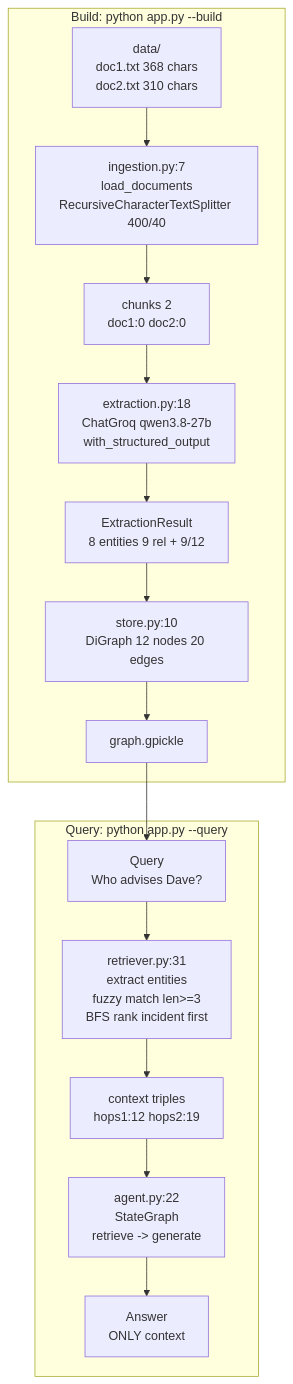
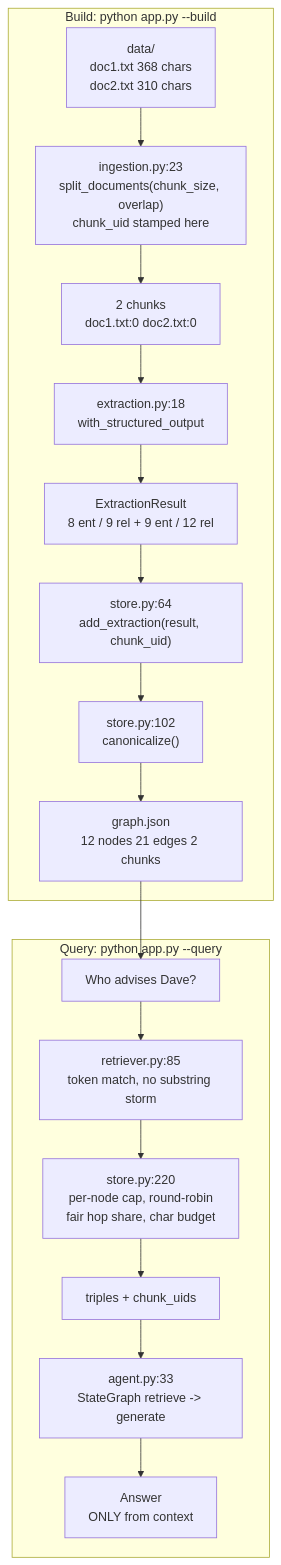
Before and after one commit to manishwvn/graph_rag: the second of 7 diagrams in README.md, drawn with Mermaid. The commit also changed other lines of this file and 30 other files, not shown here.

First line of the commit message:
feat: vector vs graph RAG comparison, with a corrected evaluation

````diff
--- a/README.md
+++ b/README.md
@@ -45,18 +53,20 @@
 ```mermaid
 graph TD
   subgraph Build["Build: python app.py --build"]
-    DATA["data/<br/>doc1.txt 368 chars<br/>doc2.txt 310 chars"] --> ING["ingestion.py:7<br/>load_documents<br/>RecursiveCharacterTextSplitter 400/40"]
-    ING --> CHUNK["chunks 2<br/>doc1:0 doc2:0"]
-    CHUNK --> EXT["extraction.py:18<br/>ChatGroq qwen3.8-27b<br/>with_structured_output"]
-    EXT --> RES["ExtractionResult<br/>8 entities 9 rel + 9/12"]
-    RES --> STORE["store.py:10<br/>DiGraph 12 nodes 20 edges"]
-    STORE --> GPKL["graph.gpickle"]
+    DATA["data/<br/>doc1.txt 368 chars<br/>doc2.txt 310 chars"] --> ING["ingestion.py:23<br/>split_documents(chunk_size, overlap)<br/>chunk_uid stamped here"]
+    ING --> CHUNK["2 chunks<br/>doc1.txt:0  doc2.txt:0"]
+    CHUNK --> EXT["extraction.py:18<br/>with_structured_output"]
+    EXT --> RES["ExtractionResult<br/>8 ent / 9 rel + 9 ent / 12 rel"]
+    RES --> STORE["store.py:64<br/>add_extraction(result, chunk_uid)"]
+    STORE --> CAN["store.py:102<br/>canonicalize()"]
+    CAN --> JS["graph.json<br/>12 nodes 21 edges 2 chunks"]
   end
   subgraph Query["Query: python app.py --query"]
-    GPKL --> QRY["Query<br/>Who advises Dave?"]
-    QRY --> RET["retriever.py:31<br/>extract entities<br/>fuzzy match len>=3<br/>BFS rank incident first"]
-    RET --> CTX["context triples<br/>hops1:12 hops2:19"]
-    CTX --> AGENT["agent.py:22<br/>StateGraph<br/>retrieve -> generate"]
-    AGENT --> ANS["Answer<br/>ONLY context"]
+    JS --> QRY["Who advises Dave?"]
+    QRY --> RET["retriever.py:85<br/>token match, no substring storm"]
+    RET --> SUB["store.py:220<br/>per-node cap, round-robin<br/>fair hop share, char budget"]
+    SUB --> CTX["triples + chunk_uids"]
+    CTX --> AGENT["agent.py:33<br/>StateGraph retrieve -> generate"]
+    AGENT --> ANS["Answer<br/>ONLY from context"]
   end
 ```
````
